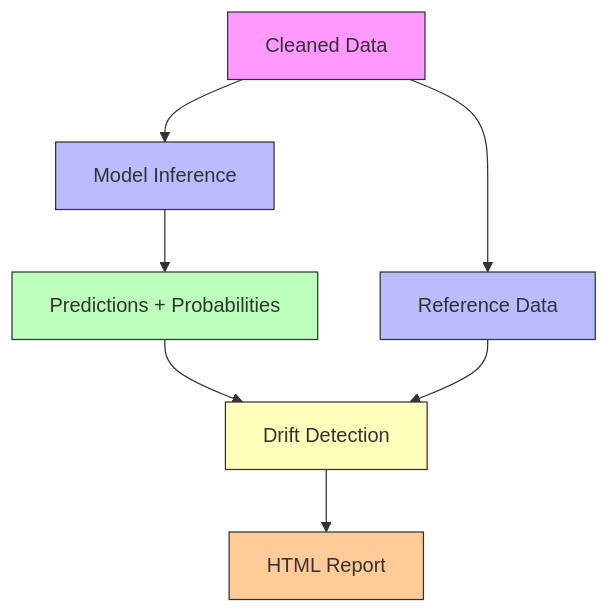
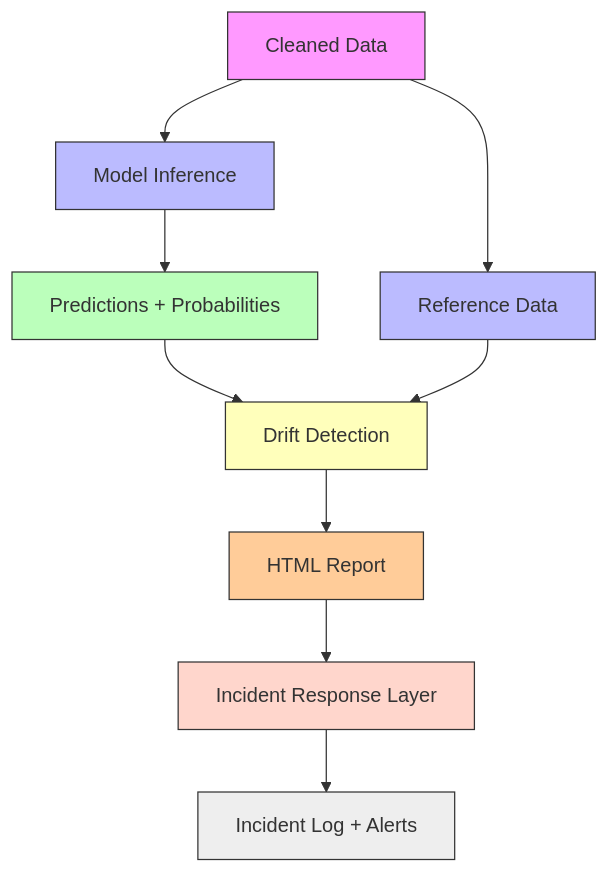
The diagram in README.md (kaushal07wick/breeboost), drawn with Mermaid before and after one commit. The commit also changed other lines of this file, not shown here.

`````diff
--- a/README.md
+++ b/README.md
@@ -42,18 +17,20 @@
 ```mermaid
 flowchart TD
     A[Cleaned Data] --> B[Model Inference]
     B --> C[Predictions + Probabilities]
     A --> D[Reference Data]
     C --> E[Drift Detection]
     D --> E
     E --> F[HTML Report]
+    F --> G[Incident Response Layer]
+    G --> H[Incident Log + Alerts]
 
     style A fill:#f9f,stroke:#333,stroke-width:1px
     style B fill:#bbf,stroke:#333,stroke-width:1px
     style C fill:#bfb,stroke:#333,stroke-width:1px
     style D fill:#bbf,stroke:#333,stroke-width:1px
     style E fill:#ffb,stroke:#333,stroke-width:1px
     style F fill:#fc9,stroke:#333,stroke-width:1px
-
-
-```
+    style G fill:#ffd6cc,stroke:#333,stroke-width:1px
+    style H fill:#eee,stroke:#333,stroke-width:1px
+````
`````
